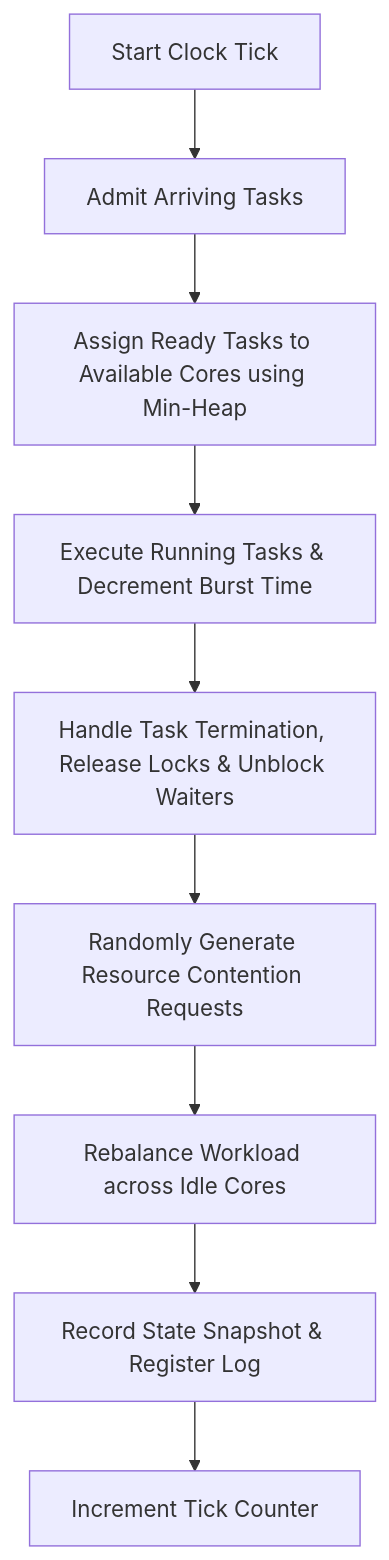
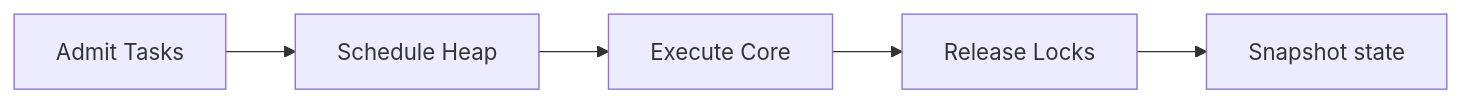
Before and after one commit to subratapanda24/coresched-simulator: the diagram in README.md, drawn with Mermaid. The commit also changed other lines of this file, not shown here.

````diff
--- a/README.md
+++ b/README.md
@@ -18,11 +18,5 @@
 ```mermaid
-graph TD
-    A[Start Clock Tick] --> B[Admit Arriving Tasks]
-    B --> C[Assign Ready Tasks to Available Cores using Min-Heap]
-    C --> D[Execute Running Tasks & Decrement Burst Time]
-    D --> E[Handle Task Termination, Release Locks & Unblock Waiters]
-    E --> F[Randomly Generate Resource Contention Requests]
-    F --> G[Rebalance Workload across Idle Cores]
-    G --> H[Record State Snapshot & Register Log]
-    H --> I[Increment Tick Counter]
+graph LR
+    A[Admit Tasks] --> B[Schedule Heap] --> C[Execute Core]
+    C --> D[Release Locks] --> E[Snapshot state]
 ```
````
